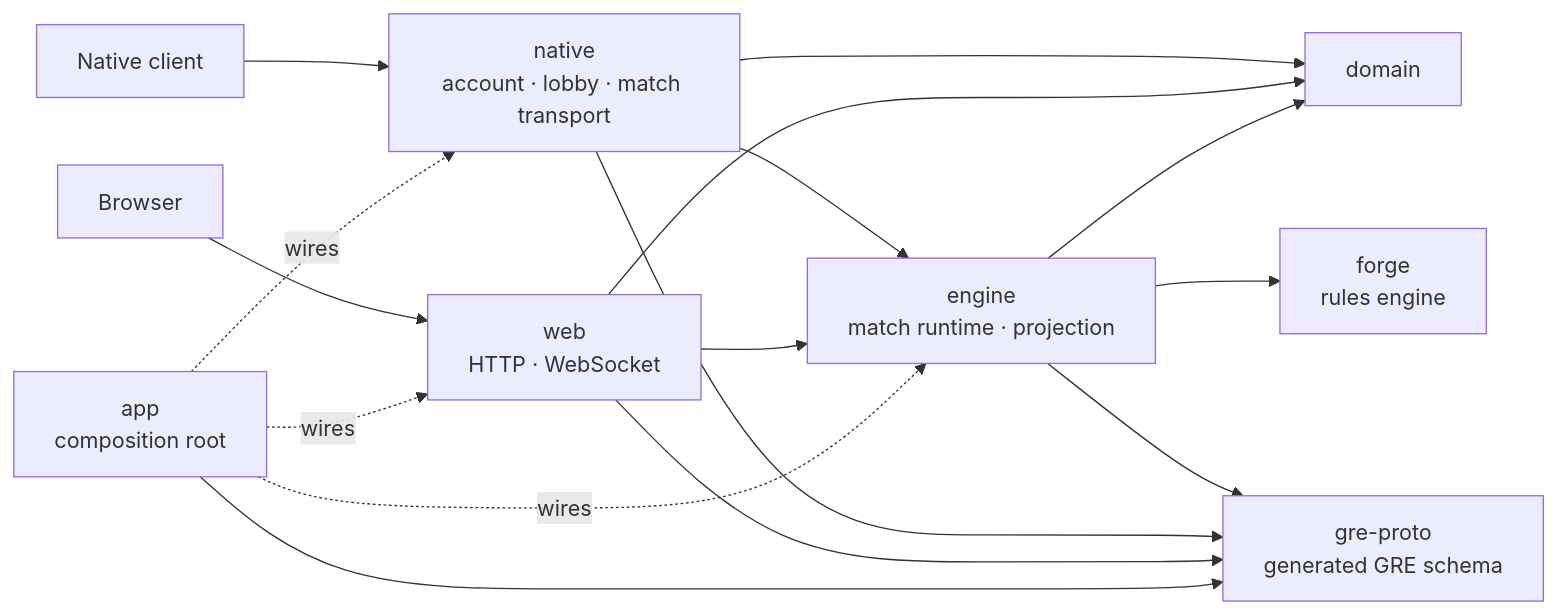
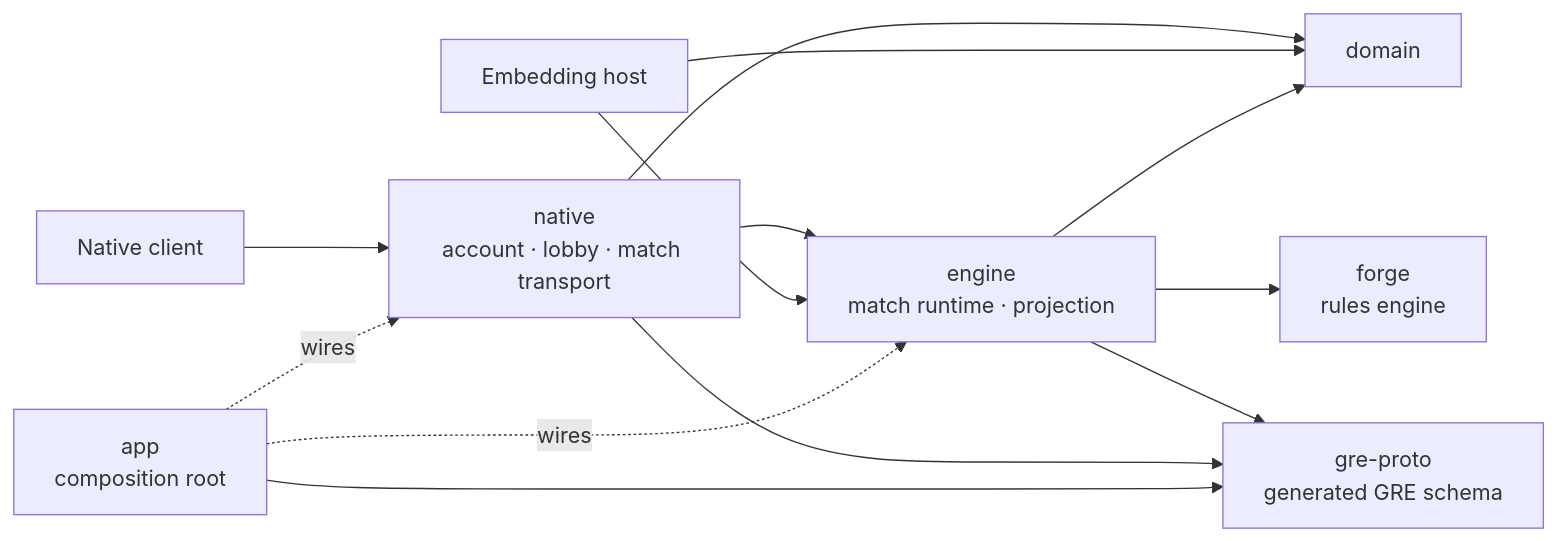
The first of 4 diagrams in docs/architecture.md (delebedev/leyline), drawn with Mermaid before and after one commit. The commit also changed other lines of this file and 46 other files, not shown here.

````diff
--- a/docs/architecture.md
+++ b/docs/architecture.md
@@ -17,18 +18,15 @@
 ```mermaid
 flowchart LR
     NC["Native client"] --> N["native<br/>account · lobby · match transport"]
-    B["Browser"] --> W["web<br/>HTTP · WebSocket"]
     N --> E["engine<br/>match runtime · projection"]
-    W --> E
+    H["Embedding host"] --> E
     N --> D["domain"]
-    W --> D
+    H --> D
     E --> D
     E --> F["forge<br/>rules engine"]
     E --> GP["gre-proto<br/>generated GRE schema"]
     N --> GP
-    W --> GP
     A["app<br/>composition root"] --> GP
     A -. "wires" .-> N
-    A -. "wires" .-> W
     A -. "wires" .-> E
 ```
````
